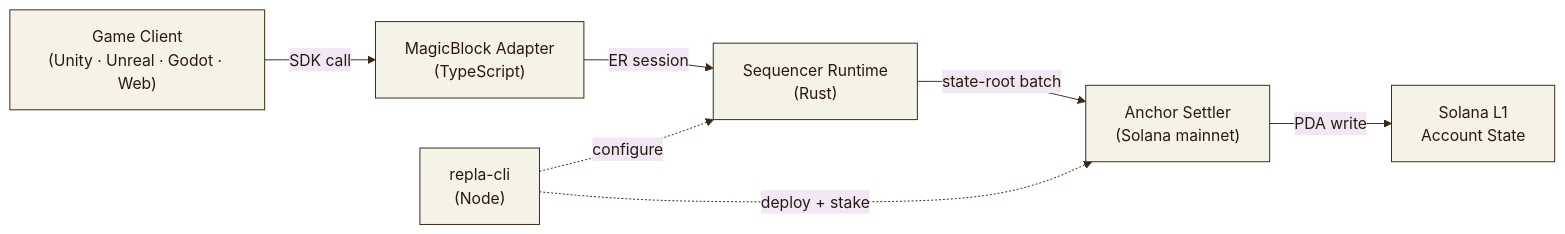
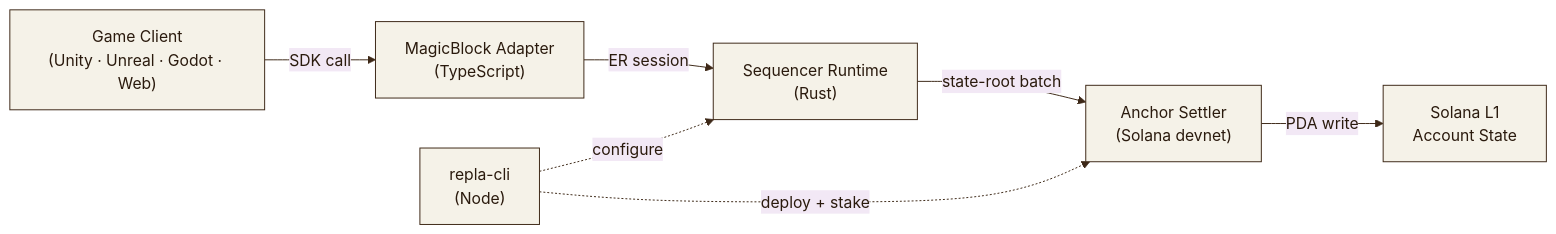
One commit to replalabs/repla-core changed the diagram in README.md. Above: the diagram before and after it, drawn with Mermaid. The commit also changed other lines of this file, not shown here.

Commit message:
reflect the devnet deployment and treat mainnet as the next milestone

````diff
--- a/README.md
+++ b/README.md
@@ -104,10 +104,10 @@
 ```mermaid
 %%{init: { 'theme': 'base', 'themeVariables': { 'primaryColor': '#F5F2E8', 'primaryTextColor': '#2A1A0D', 'primaryBorderColor': '#3D2817', 'lineColor': '#3D2817', 'tertiaryColor': '#FFD976' }}}%%
 flowchart LR
   GC["Game Client<br/>(Unity · Unreal · Godot · Web)"] -->|SDK call| AD["MagicBlock Adapter<br/>(TypeScript)"]
   AD -->|ER session| RT["Sequencer Runtime<br/>(Rust)"]
-  RT -->|state-root batch| ST["Anchor Settler<br/>(Solana mainnet)"]
+  RT -->|state-root batch| ST["Anchor Settler<br/>(Solana devnet)"]
   ST -->|PDA write| L1["Solana L1<br/>Account State"]
   CLI["repla-cli<br/>(Node)"] -.->|configure| RT
   CLI -.->|deploy + stake| ST
 ```
````
